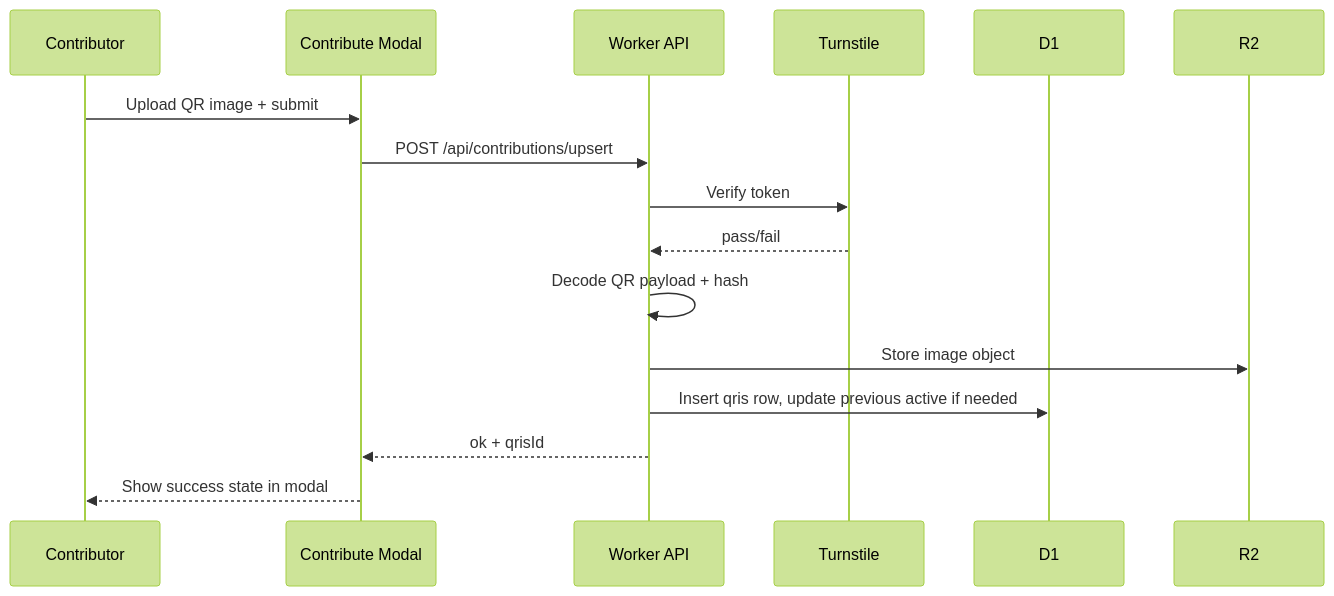
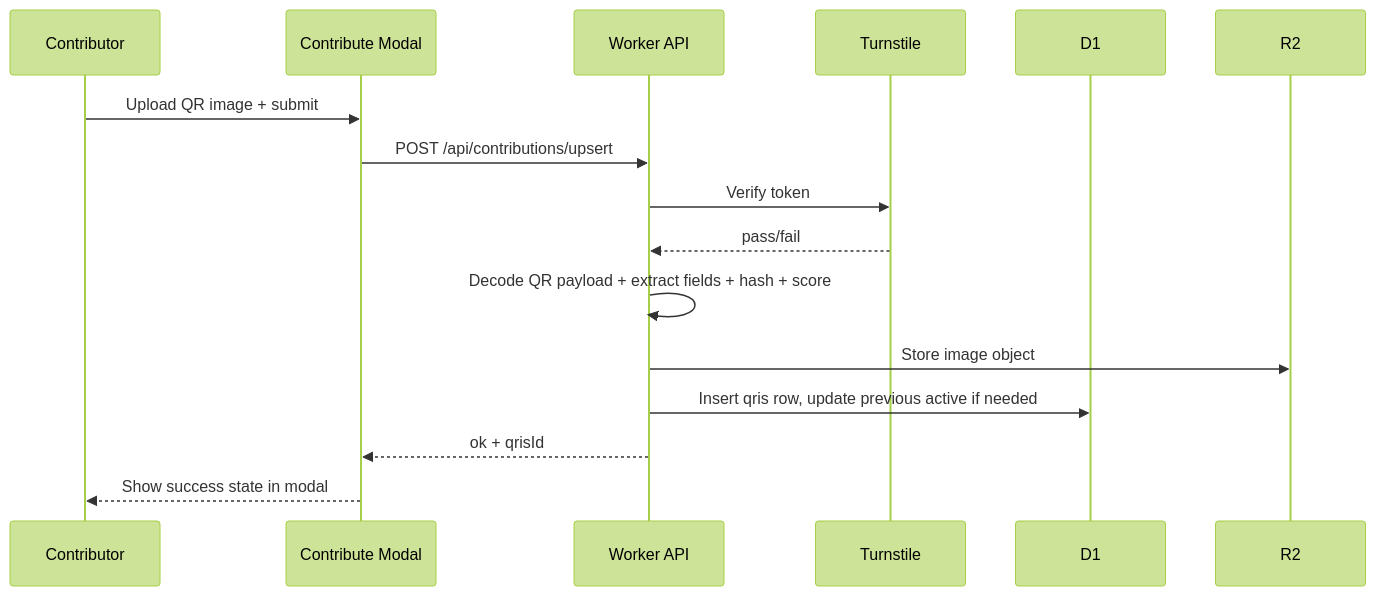
One commit to radjathaher/qris-masjid changed the fifth of 5 diagrams in docs/spec.md. Above: the diagram before and after it, drawn with Mermaid (forest theme). The commit also changed other lines of this file, not shown here.

````diff
--- a/docs/spec.md
+++ b/docs/spec.md
@@ -289,19 +307,19 @@
 ```mermaid
 sequenceDiagram
   participant U as Contributor
   participant FE as Contribute Modal
   participant API as Worker API
   participant TS as Turnstile
   participant D1 as D1
   participant R2 as R2
 
   U->>FE: Upload QR image + submit
   FE->>API: POST /api/contributions/upsert
   API->>TS: Verify token
   TS-->>API: pass/fail
-  API->>API: Decode QR payload + hash
+  API->>API: Decode QR payload + extract fields + hash + score
   API->>R2: Store image object
   API->>D1: Insert qris row, update previous active if needed
   API-->>FE: ok + qrisId
   FE-->>U: Show success state in modal
 ```
````
